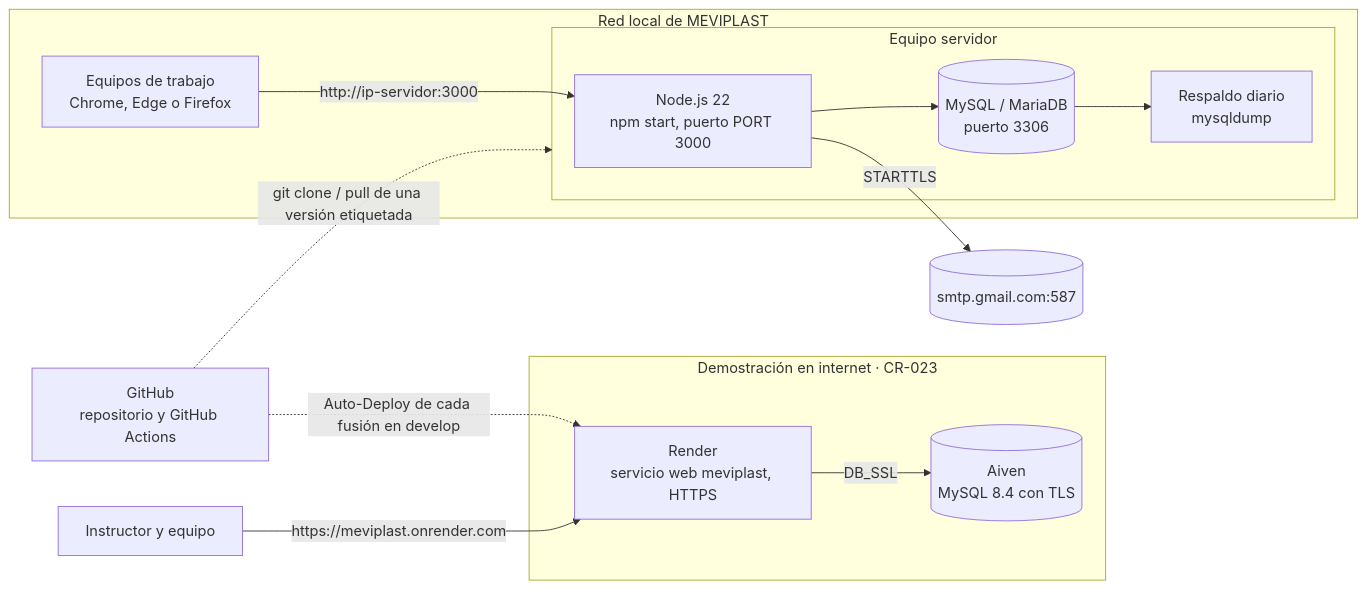
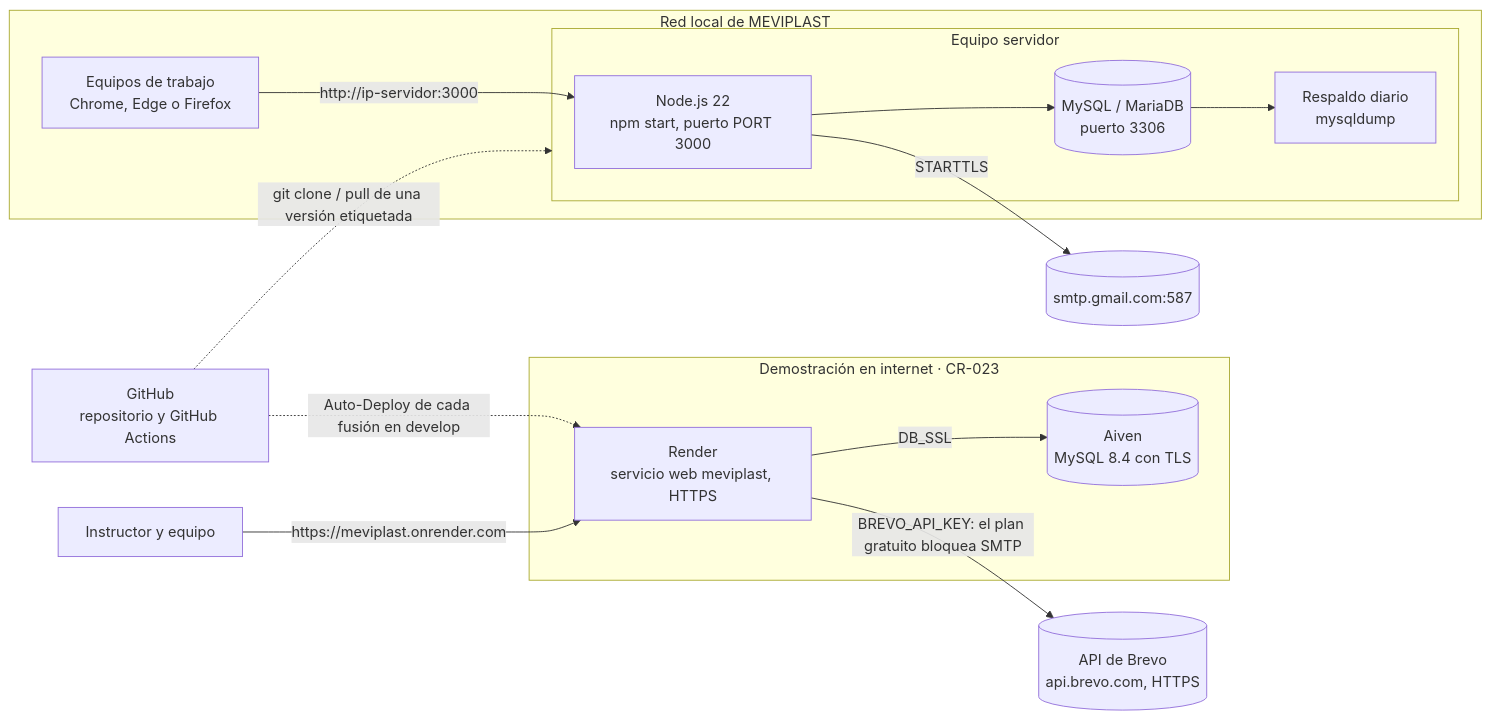
Before and after one commit to Pafuna08/MEVIPLAST-NODEJS: the fifth of 5 diagrams in docs/architecture/diagramas.md, drawn with Mermaid. The commit also changed other lines of this file and 10 other files, not shown here.

````diff
--- a/docs/architecture/diagramas.md
+++ b/docs/architecture/diagramas.md
@@ -107,25 +123,27 @@
 ```mermaid
 flowchart LR
   subgraph LAN[Red local de MEVIPLAST]
     PC1[Equipos de trabajo<br/>Chrome, Edge o Firefox]
     subgraph HOST[Equipo servidor]
       NODE[Node.js 22<br/>npm start, puerto PORT 3000]
       MYSQL[(MySQL / MariaDB<br/>puerto 3306)]
       BK[Respaldo diario<br/>mysqldump]
     end
   end
   GH[GitHub<br/>repositorio y GitHub Actions]
   SMTP[(smtp.gmail.com:587)]
   PC1 -->|http://ip-servidor:3000| NODE
   NODE --> MYSQL
   MYSQL --> BK
   NODE -->|STARTTLS| SMTP
   GH -.->|git clone / pull de una versión etiquetada| HOST
   subgraph NUBE[Demostración en internet · CR-023]
     RENDER[Render<br/>servicio web meviplast, HTTPS]
     AIVEN[(Aiven<br/>MySQL 8.4 con TLS)]
   end
+  BREVO[(API de Brevo<br/>api.brevo.com, HTTPS)]
   INSTR[Instructor y equipo] -->|https://meviplast.onrender.com| RENDER
   RENDER -->|DB_SSL| AIVEN
+  RENDER -->|BREVO_API_KEY: el plan gratuito bloquea SMTP| BREVO
   GH -.->|Auto-Deploy de cada fusión en develop| RENDER
 ```
````
